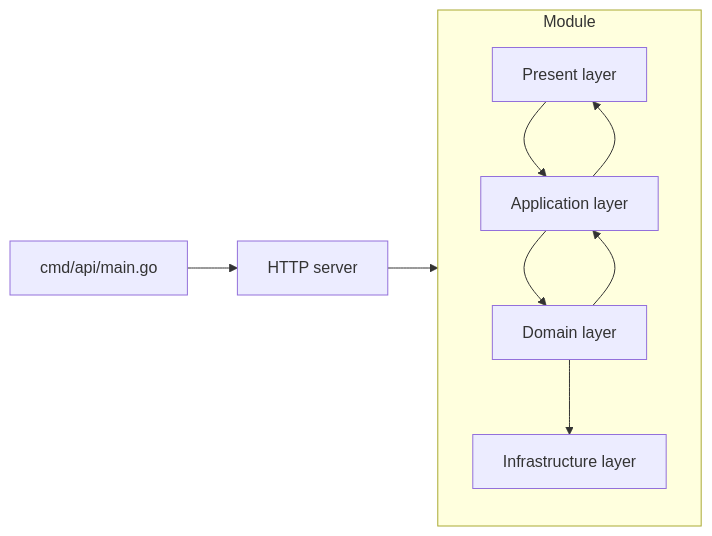
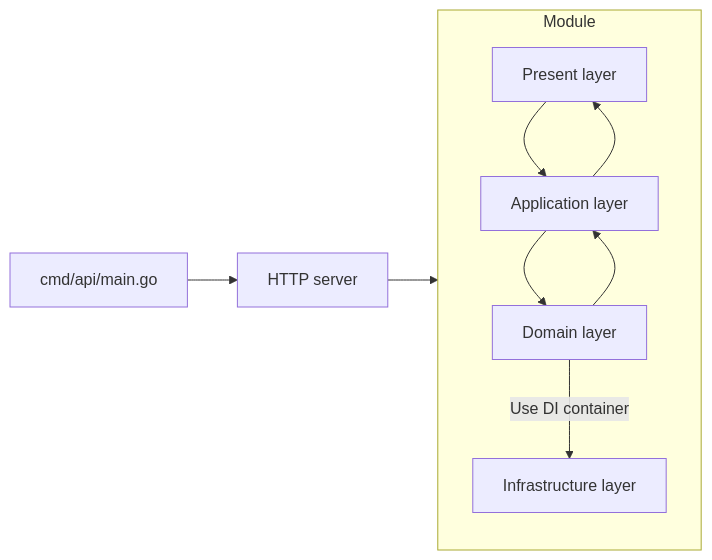
Before and after one commit to ngthluu/go-modular-sample: the second of 2 diagrams in README.md, drawn with Mermaid. The commit also changed other lines of this file, not shown here.

Commit message:
update: README.md diagrams

````diff
--- a/README.md
+++ b/README.md
@@ -34,14 +34,14 @@
 ```mermaid
 flowchart LR
   subgraph C[Module]
     direction TB
     D[Present layer] --> E[Application layer]
     E --> D
     E --> F[Domain layer]
     F --> E
-    F --> G[Infrastructure layer]
+    F --> |Use DI container| G[Infrastructure layer]
   end
 
   A[cmd/api/main.go] --> B[HTTP server]
   B --> C
 ```
````
